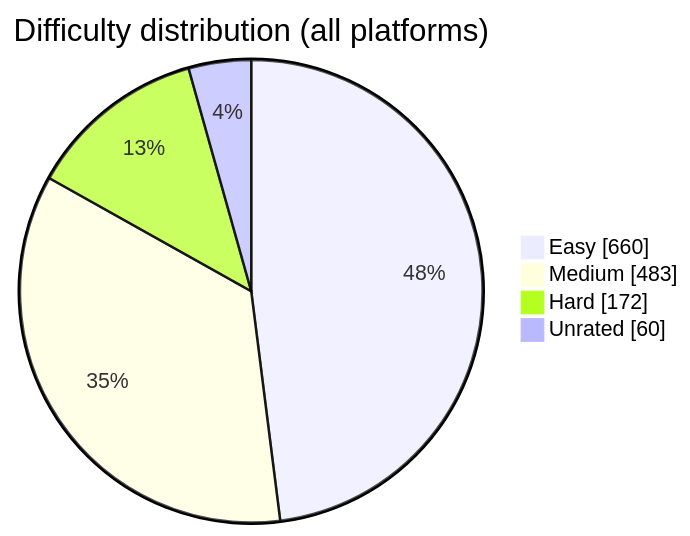
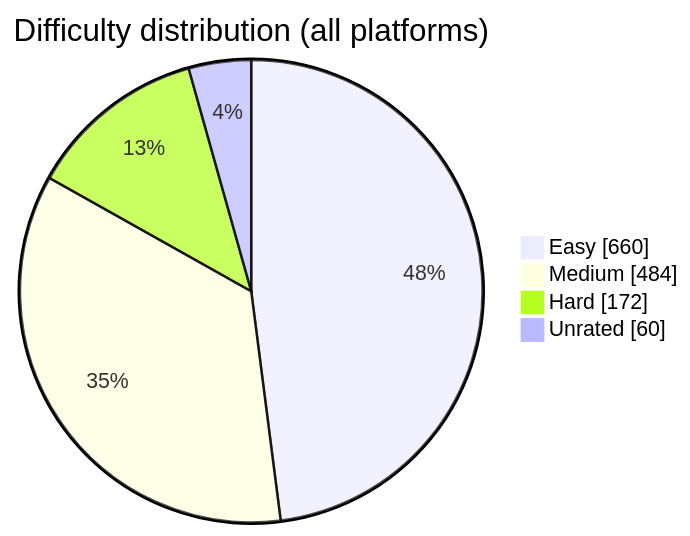
The diagram in README.md (BuildbyArindam/Daily-Coding-Log), drawn with Mermaid before and after one commit. The commit also changed other lines of this file, not shown here.

````diff
--- a/README.md
+++ b/README.md
@@ -93,7 +93,7 @@
 ```mermaid
 pie showData title Difficulty distribution (all platforms)
     "Easy" : 660
-    "Medium" : 483
+    "Medium" : 484
     "Hard" : 172
     "Unrated" : 60
 ```
````
